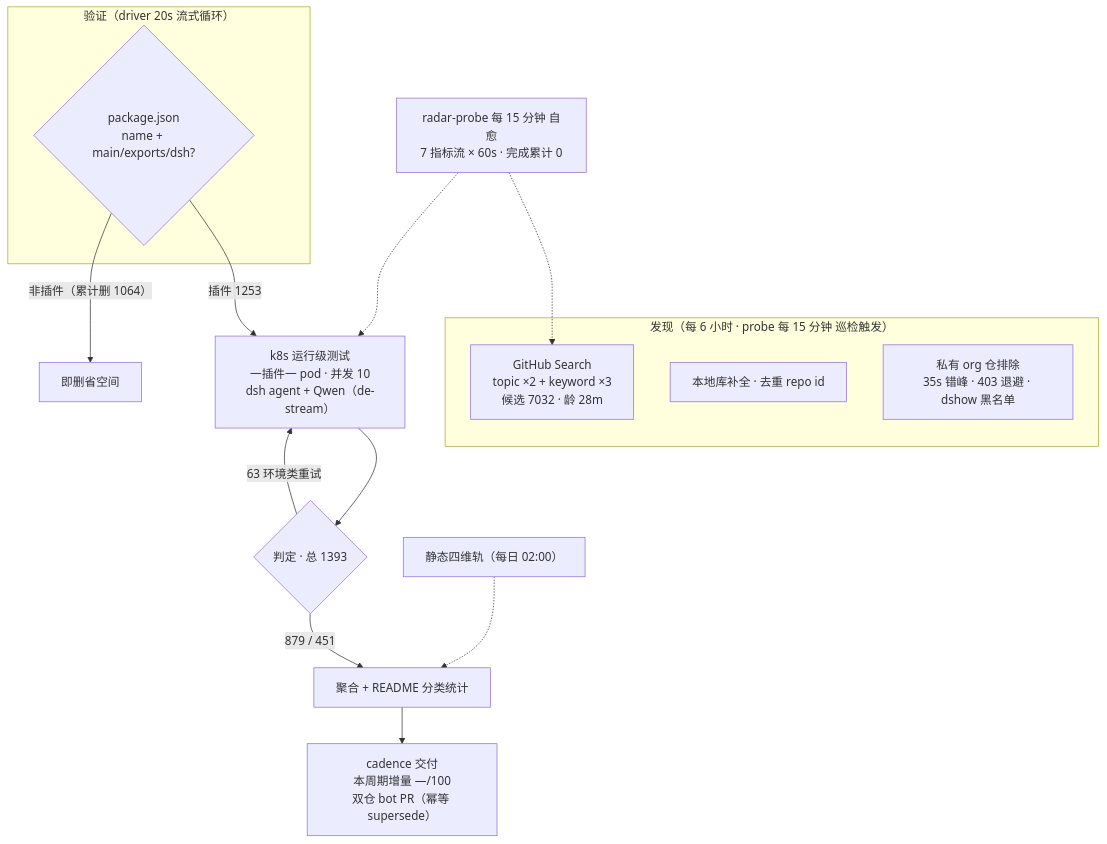
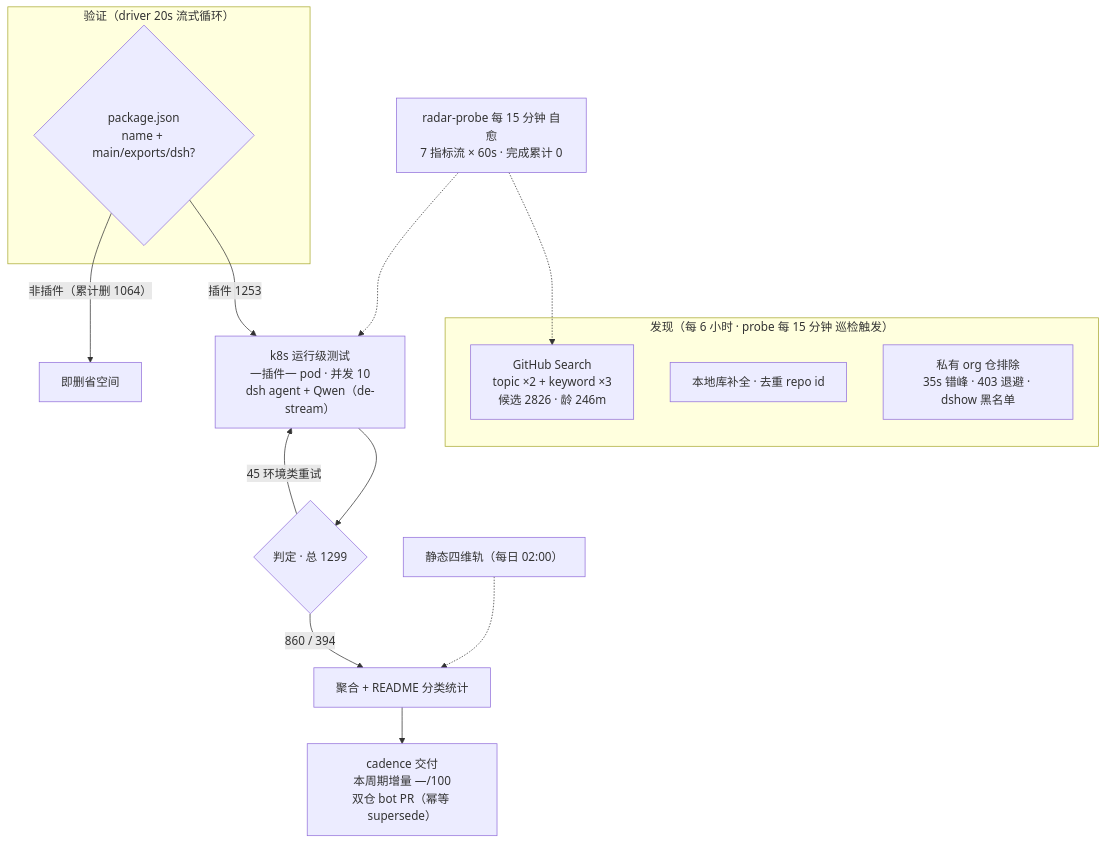
The diagram in README.md (Zhidao-Lab-OSS/awesome-dsh-plugins), drawn with Mermaid before and after one commit. The commit also changed other lines of this file and 1 other file, not shown here.

````diff
--- a/README.md
+++ b/README.md
@@ -30,20 +30,20 @@
 ```mermaid
 flowchart TB
     subgraph Discovery[" 发现（每 6 小时 · probe 每 15 分钟 巡检触发）"]
-        A1["GitHub Search<br/>topic ×2 + keyword ×3<br/>候选 7032 · 龄 28m"]
+        A1["GitHub Search<br/>topic ×2 + keyword ×3<br/>候选 2826 · 龄 246m"]
         A2["本地库补全 · 去重 repo id"]
         A3[" 私有 org 仓排除<br/>35s 错峰 · 403 退避 · dshow 黑名单"]
     end
     subgraph Validation[" 验证（driver 20s 流式循环）"]
         B1{"package.json<br/>name + main/exports/dsh?"}
     end
     B1 -->|"插件 1253"| C1["k8s 运行级测试<br/>一插件一 pod · 并发 10<br/>dsh agent + Qwen（de-stream）"]
     B1 -->|"非插件（累计删 1064）"| B3[" 即删省空间"]
-    C1 --> D1{"判定 · 总 1393"}
-    D1 -->|" 879 /  451"| E1["聚合 + README 分类统计"]
-    D1 -->|" 63 环境类重试"| C1
+    C1 --> D1{"判定 · 总 1299"}
+    D1 -->|" 860 /  394"| E1["聚合 + README 分类统计"]
+    D1 -->|" 45 环境类重试"| C1
     E1 --> E2["cadence 交付<br/>本周期增量 —/100<br/>双仓 bot PR（幂等 supersede）"]
     S[" 静态四维轨（每日 02:00）"] -.-> E1
     M[" radar-probe 每 15 分钟 自愈<br/>7 指标流 × 60s · 完成累计 0"] -.-> A1
     M -.-> C1
 ```
````
